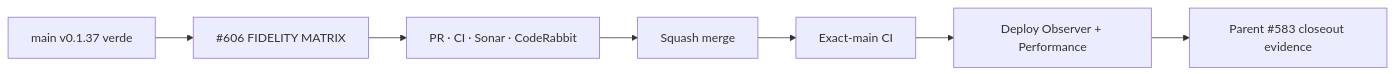
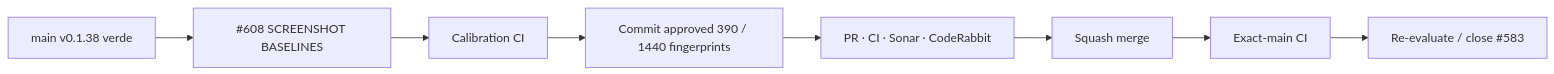
One commit to pl0n3r/brvtal changed the diagram in README.md. Above: the diagram before and after it, drawn with Mermaid. The commit also changed other lines of this file and 1 other file, not shown here.

First line of the commit message:
test(design): add Concept 05 screenshot regression baselines (#609)

````diff
--- a/README.md
+++ b/README.md
@@ -49,9 +50,10 @@
 ```mermaid
 flowchart LR
- B["main v0.1.37 verde"] --> Q["#606 FIDELITY MATRIX"]
- Q --> P["PR · CI · Sonar · CodeRabbit"]
+ B["main v0.1.38 verde"] --> S["#608 SCREENSHOT BASELINES"]
+ S --> C["Calibration CI"]
+ C --> F["Commit approved 390 / 1440 fingerprints"]
+ F --> P["PR · CI · Sonar · CodeRabbit"]
  P --> M["Squash merge"]
  M --> X["Exact-main CI"]
- X --> D["Deploy Observer + Performance"]
- D --> C["Parent #583 closeout evidence"]
+ X --> V["Re-evaluate / close #583"]
 ```
````
